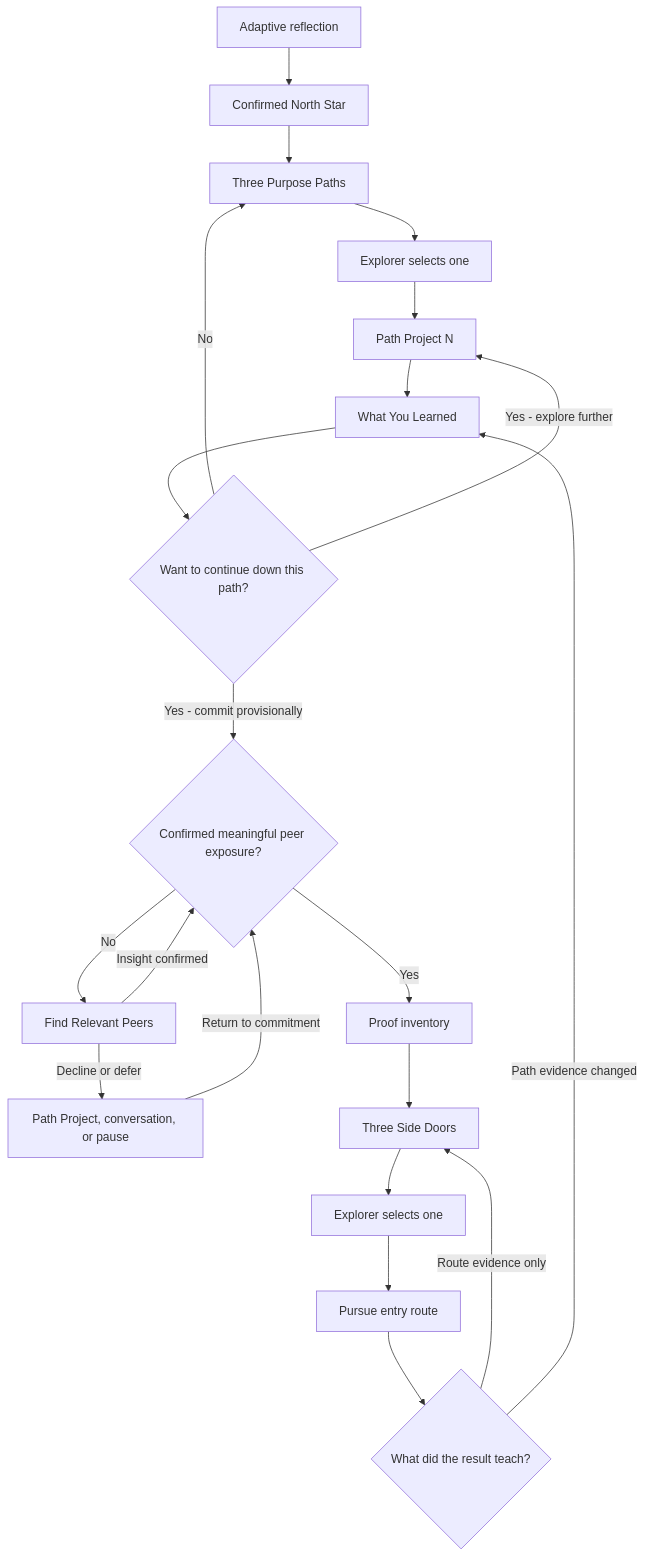
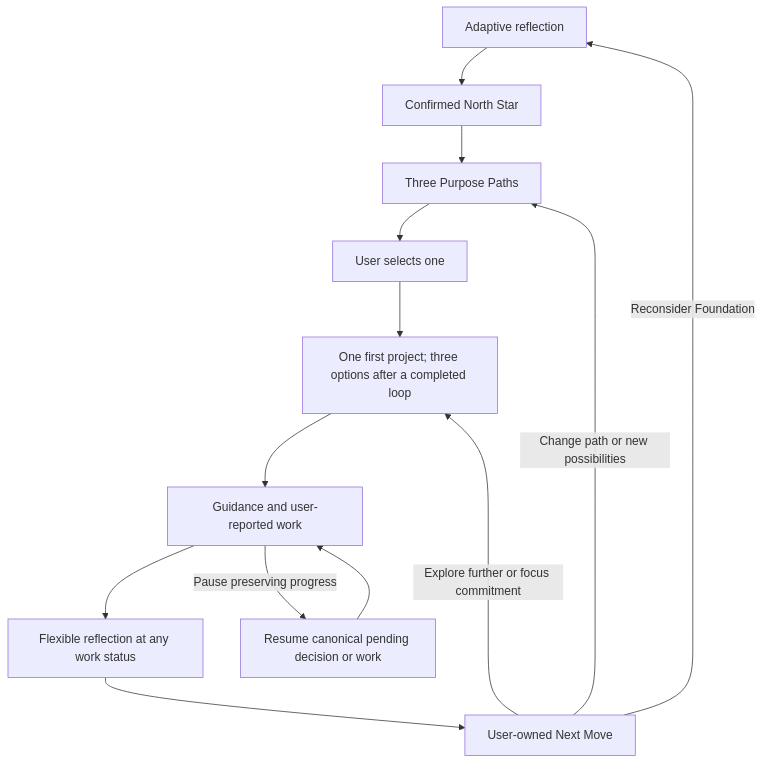
One commit to andres-monge/ikigai changed the first of 5 diagrams in docs/plans/2026-08-29-1133-feat-revelio-method-plan.md. Above: the diagram before and after it, drawn with Mermaid. The commit also changed other lines of this file and 7 other files, not shown here.

````diff
--- a/docs/plans/2026-08-29-1133-feat-revelio-method-plan.md
+++ b/docs/plans/2026-08-29-1133-feat-revelio-method-plan.md
@@ -79,23 +81,15 @@
 ```mermaid
 flowchart TB
   A[Adaptive reflection] --> B[Confirmed North Star]
   B --> C[Three Purpose Paths]
-  C --> D[Explorer selects one]
-  D --> E[Path Project N]
-  E --> F[What You Learned]
-  F --> G{Want to continue down this path?}
-  G -->|No| C
-  G -->|Yes - explore further| E
-  G -->|Yes - commit provisionally| PE{Confirmed meaningful peer exposure?}
-  PE -->|No| PERS[Find Relevant Peers]
-  PERS -->|Insight confirmed| PE
-  PERS -->|Decline or defer| PAUSE[Path Project, conversation, or pause]
-  PAUSE -->|Return to commitment| PE
-  PE -->|Yes| H[Proof inventory]
-  H --> I[Three Side Doors]
-  I --> J[Explorer selects one]
-  J --> K[Pursue entry route]
-  K --> L{What did the result teach?}
-  L -->|Route evidence only| I
-  L -->|Path evidence changed| F
+  C --> D[User selects one]
+  D --> E[One first project; three options after a completed loop]
+  E --> H[Guidance and user-reported work]
+  H --> F[Flexible reflection at any work status]
+  F --> G[User-owned Next Move]
+  G -->|Explore further or focus commitment| E
+  G -->|Change path or new possibilities| C
+  G -->|Reconsider Foundation| A
+  H -->|Pause preserving progress| P[Resume canonical pending decision or work]
+  P --> H
 ```
````
